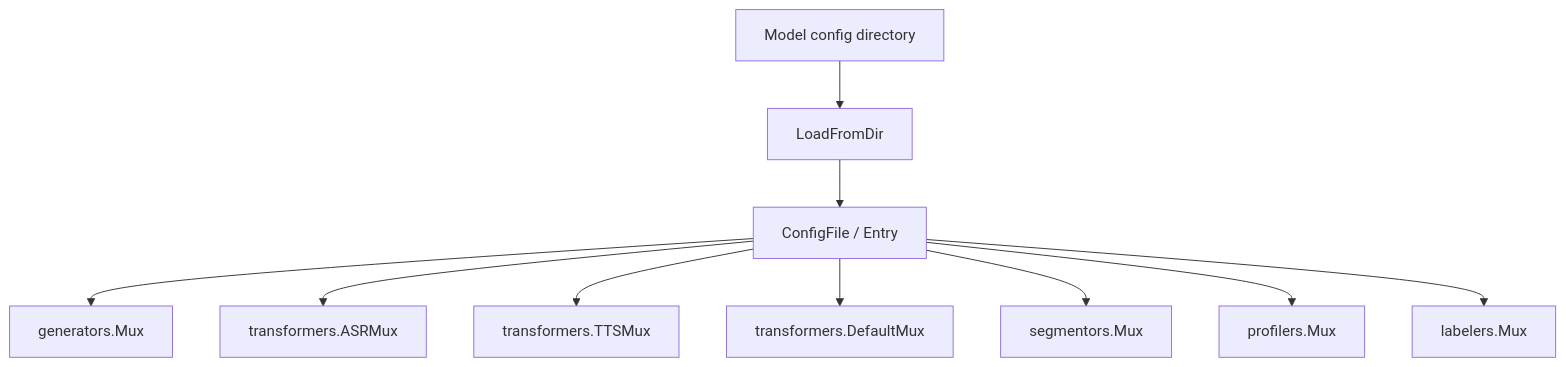
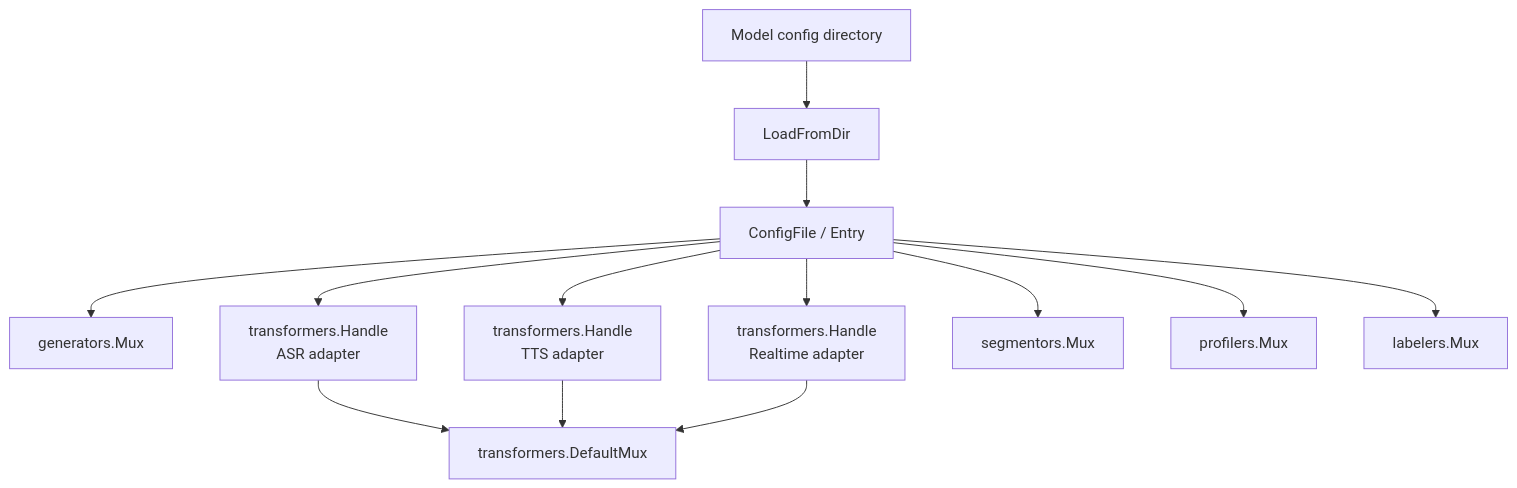
Before and after one commit to GizClaw/gizclaw: the diagram in guides/zh/developing/genx/model-loader.md, drawn with Mermaid. The commit also changed 10 other files, not shown here.

````diff
--- a/guides/zh/developing/genx/model-loader.md
+++ b/guides/zh/developing/genx/model-loader.md
@@ -9,12 +9,15 @@
 ```mermaid
 flowchart TB
     Config["Model config directory"] --> Load["LoadFromDir"]
     Load --> Entry["ConfigFile / Entry"]
     Entry --> Generator["generators.Mux"]
-    Entry --> ASR["transformers.ASRMux"]
-    Entry --> TTS["transformers.TTSMux"]
-    Entry --> Realtime["transformers.DefaultMux"]
+    Entry --> ASR["transformers.Handle<br/>ASR adapter"]
+    Entry --> TTS["transformers.Handle<br/>TTS adapter"]
+    Entry --> Realtime["transformers.Handle<br/>Realtime adapter"]
+    ASR --> TransformerMux["transformers.DefaultMux"]
+    TTS --> TransformerMux
+    Realtime --> TransformerMux
     Entry --> Segmentor["segmentors.Mux"]
     Entry --> Profiler["profilers.Mux"]
     Entry --> Labeler["labelers.Mux"]
 ```
````
